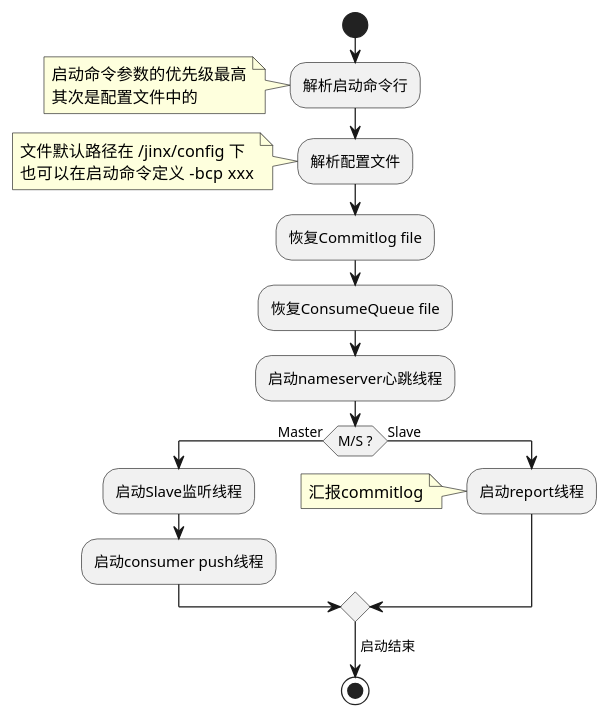
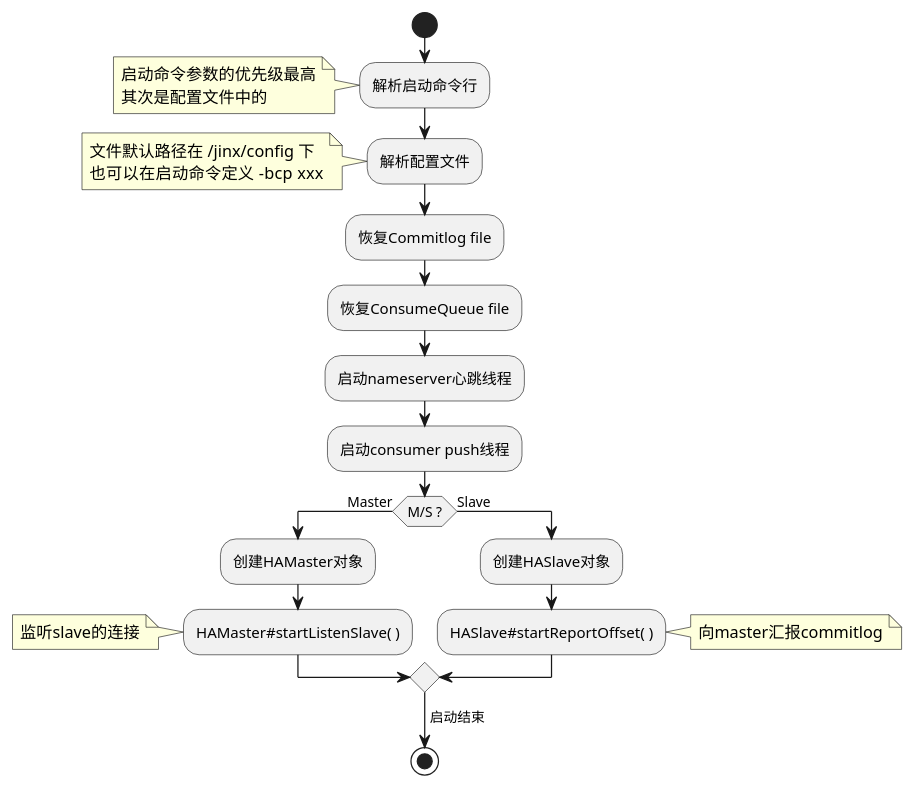
One commit to zexho994/Jinx changed the diagram in docs/HA/启动流程图.puml. Above: the diagram before and after it, drawn with PlantUML. The commit also changed 1 other file, not shown here.

```diff
--- a/docs/HA/启动流程图.puml
+++ b/docs/HA/启动流程图.puml
@@ -1,27 +1,30 @@
 @startuml
 start
 :解析启动命令行;
 note
 启动命令参数的优先级最高
 其次是配置文件中的
 end note
 :解析配置文件;
 note
 文件默认路径在 ~/jinx/config 下
 也可以在启动命令定义 -bcp  xxx
 end note
 :恢复Commitlog file;
 :恢复ConsumeQueue file;
 :启动nameserver心跳线程;
+:启动consumer push线程;
 if (M/S ?) then (Master)
-    :启动Slave监听线程;
-    :启动consumer push线程;
+    :创建HAMaster对象;
+    :HAMaster#startListenSlave( );
+    note left : 监听slave的连接
 else (Slave)
-    :启动report线程;
-    note
-    汇报commitlog
+    :创建HASlave对象;
+    :HASlave#startReportOffset( );
+    note right
+    向master汇报commitlog
     end note
 endif
 -> 启动结束 ;
 stop
 @enduml
```
